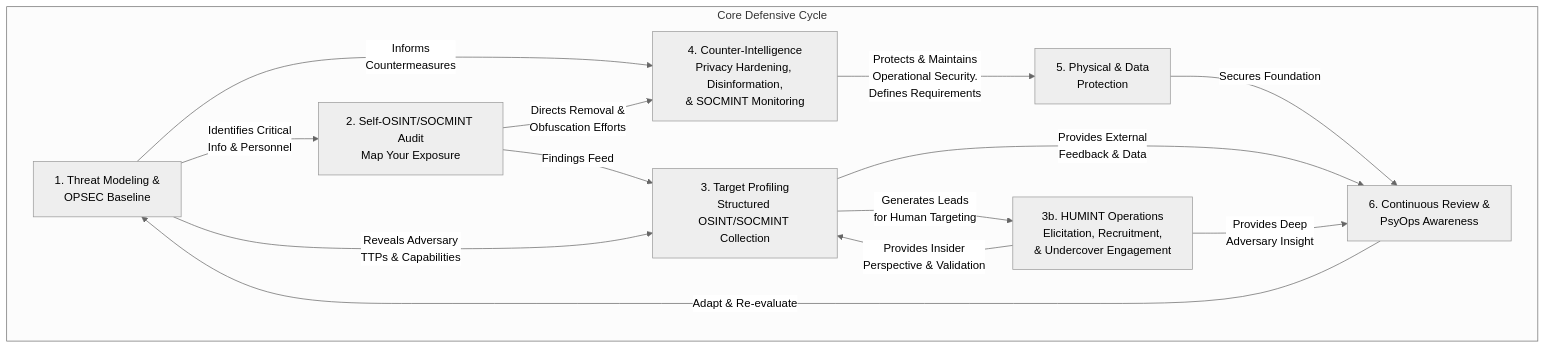
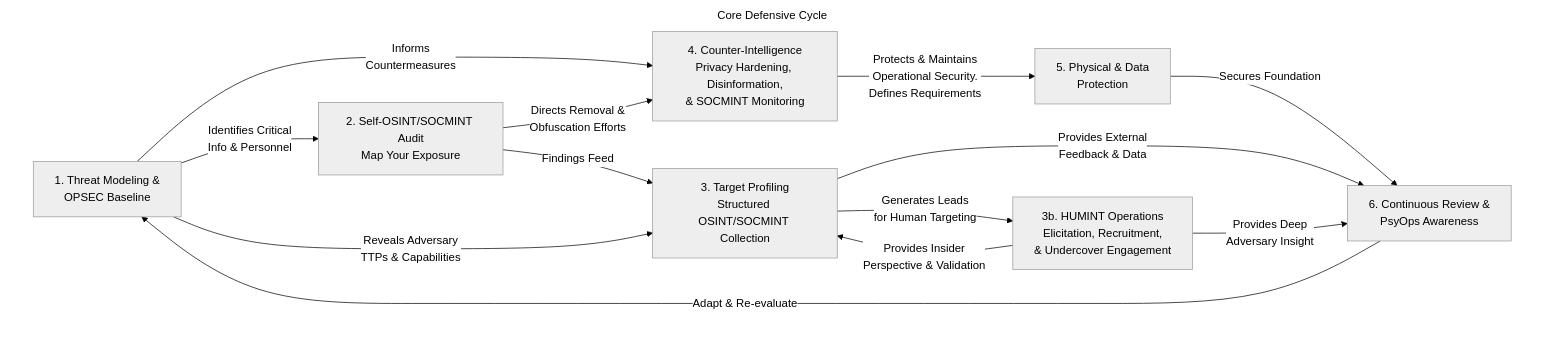
The diagram in markdown/mermaid-data/OPSEC–OSINT-lifecycle.md (airborne-commando/OPSEC-OSINT-Tools), drawn with Mermaid (neutral theme) before and after one commit. The commit also changed 8 other files, not shown here.

````diff
--- a/markdown/mermaid-data/OPSEC–OSINT-lifecycle.md
+++ b/markdown/mermaid-data/OPSEC–OSINT-lifecycle.md
@@ -1,31 +1,38 @@
 ```mermaid
 flowchart TD
-    A[1. Threat Modeling &<br>OPSEC Baseline] -->|Identifies Critical<br>Info & Personnel| B[2. Self-OSINT/SOCMINT Audit<br>Map Your Exposure]
-    B -->|Findings Feed| C[3. Target Profiling<br>Structured OSINT/SOCMINT Collection]
-    
-    A -->|Reveals Adversary<br>TTPs & Capabilities| C
+ subgraph subGraph0["Core Defensive Cycle"]
+        A["1. Threat Modeling &amp;<br>OPSEC Baseline"]
+        B["2. Self-OSINT/SOCMINT Audit<br>Map Your Exposure"]
+        C["3. Target Profiling<br>Structured OSINT/SOCMINT Collection"]
+        H["3b. HUMINT Operations<br>Elicitation, Recruitment,<br>&amp; Undercover Engagement"]
+        D["4. Counter-Intelligence<br>Privacy Hardening, Disinformation,<br>&amp; SOCMINT Monitoring"]
+        E["5. Physical &amp; Data<br>Protection"]
+        F["6. Continuous Review &amp;<br>PsyOps Awareness"]
+  end
+    A -- Identifies Critical<br>Info &amp; Personnel --> B
+    B -- Findings Feed --> C
+    A -- Reveals Adversary<br>TTPs &amp; Capabilities --> C
+    C -- Generates Leads<br>for Human Targeting --> H
+    H -- Provides Insider<br>Perspective &amp; Validation --> C
+    A -- Informs<br>Countermeasures --> D
+    B -- Directs Removal &amp;<br>Obfuscation Efforts --> D
+    D -- "Protects &amp; Maintains<br>Operational Security.<br>Defines Requirements" --> E
+    E -- Secures Foundation --> F
+    C -- Provides External<br>Feedback &amp; Data --> F
+    H -- Provides Deep<br>Adversary Insight --> F
+    F -- "Adapt & Re-evaluate" --> A
 
-    C -->|Generates Leads<br>for Human Targeting| H[3b. HUMINT Operations<br>Elicitation, Recruitment,<br>& Undercover Engagement]
-    H -->|Provides Insider<br>Perspective & Validation| C
-
-    A -->|Informs<br>Countermeasures| D[4. Counter-Intelligence<br>Privacy Hardening, Disinformation,<br>& SOCMINT Monitoring]
-    B -->|Directs Removal &<br>Obfuscation Efforts| D
-    
-    D -->|Protects & Maintains<br>Operational Security.<br>Defines Requirements| E[5. Physical & Data<br>Protection]
-    
-    E -->|Secures Foundation| F[6. Continuous Review &<br>PsyOps Awareness]
-    C -->|Provides External<br>Feedback & Data| F
-    H -->|Provides Deep<br>Adversary Insight| F
-
-    F -->|Adapt & Re-evaluate| A
-
-    subgraph "Core Defensive Cycle"
-        A
-        B
-        C
-        H
-        D
-        E
-        F
-    end
+    style subGraph0 fill:transparent,stroke:none,color:#000000
+    linkStyle 0 stroke:#000000,fill:none
+    linkStyle 1 stroke:#000000,fill:none
+    linkStyle 2 stroke:#000000,fill:none
+    linkStyle 3 stroke:#000000,fill:none
+    linkStyle 4 stroke:#000000,fill:none
+    linkStyle 5 stroke:#000000,fill:none
+    linkStyle 6 stroke:#000000,fill:none
+    linkStyle 7 stroke:#000000,fill:none
+    linkStyle 8 stroke:#000000,fill:none
+    linkStyle 9 stroke:#000000,fill:none
+    linkStyle 10 stroke:#000000,fill:none
+    linkStyle 11 stroke:#000000,fill:none
 ```
````
